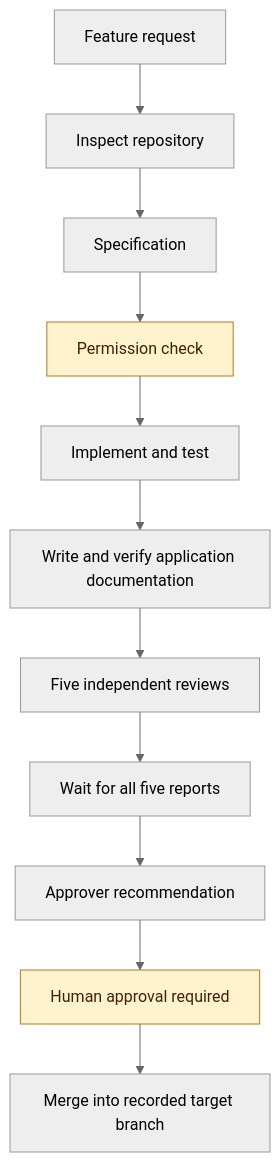
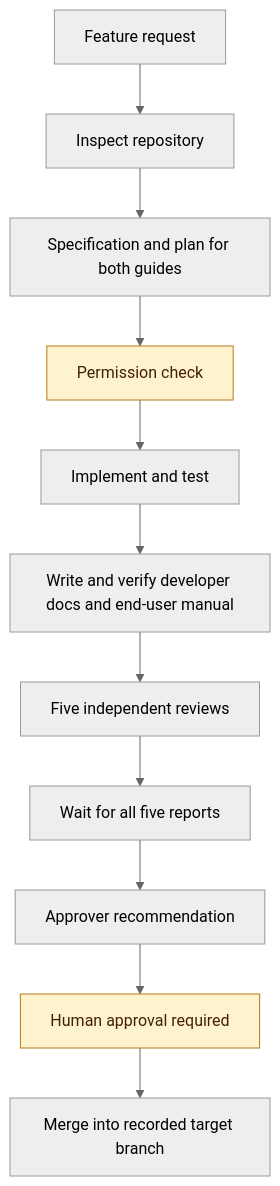
One commit to faiqfarooq/software-factory changed the first of 4 diagrams in codex-claude/docs/GUIDE.md. Above: the diagram before and after it, drawn with Mermaid (neutral theme). The commit also changed other lines of this file and 13 other files, not shown here.

````diff
--- a/codex-claude/docs/GUIDE.md
+++ b/codex-claude/docs/GUIDE.md
@@ -94,16 +105,16 @@
 ```mermaid
 flowchart TD
     Feature["Feature request"] --> Inspect["Inspect repository"]
-    Inspect --> Spec["Specification"]
+    Inspect --> Spec["Specification and plan for both guides"]
     Spec --> Permission["Permission check"]
     Permission --> Build["Implement and test"]
-    Build --> Docs["Write and verify application documentation"]
+    Build --> Docs["Write and verify developer docs and end-user manual"]
     Docs --> Reviews["Five independent reviews"]
     Reviews --> Wait["Wait for all five reports"]
     Wait --> Approver["Approver recommendation"]
     Approver --> Human["Human approval required"]
     Human --> Merge["Merge into recorded target branch"]
 
     classDef human fill:#fff3cd,stroke:#b7791f,color:#422006;
     class Permission,Human human;
 ```
````
